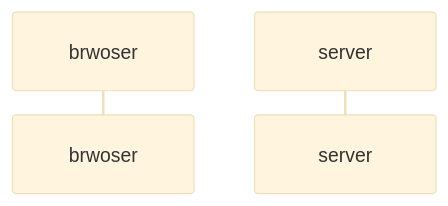
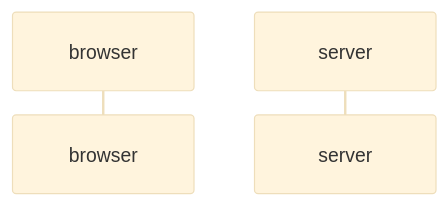
Before and after one commit to gokuman86/fullstackopen: the diagram in part0/0.6.md, drawn with Mermaid (base theme).

````diff
--- a/part0/0.6.md
+++ b/part0/0.6.md
@@ -1,5 +1,5 @@
 ```mermaid
 sequenceDiagram
-  participant brwoser
+  participant browser
   participant server
 ```
````
